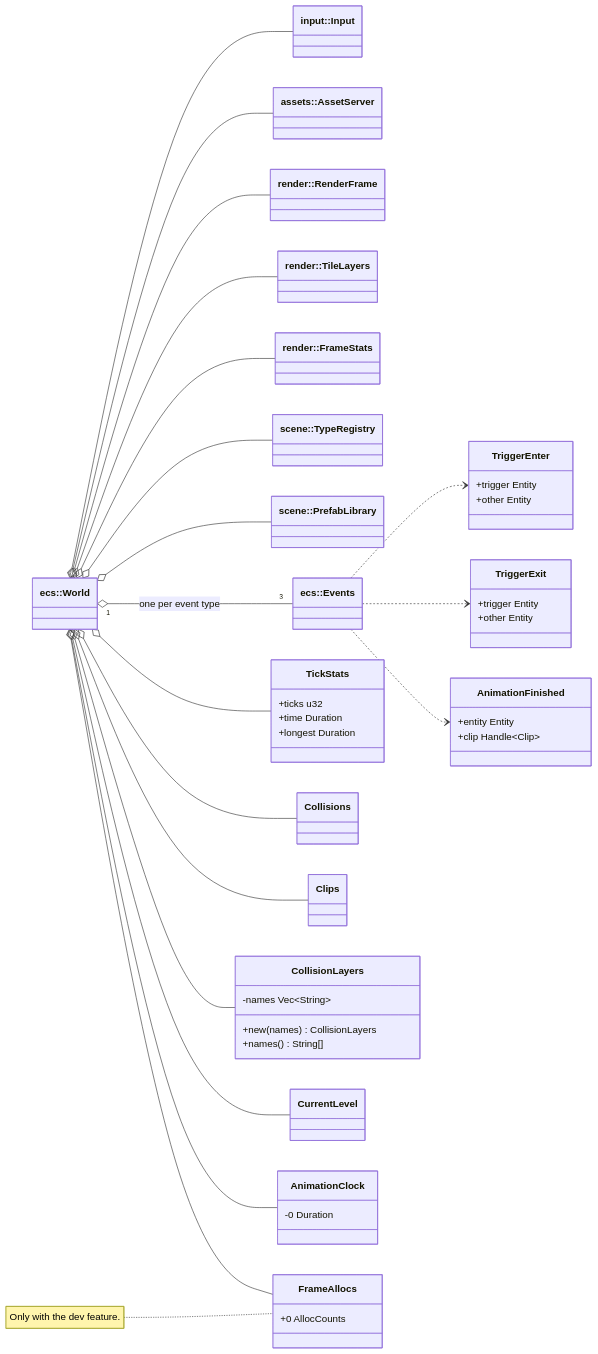
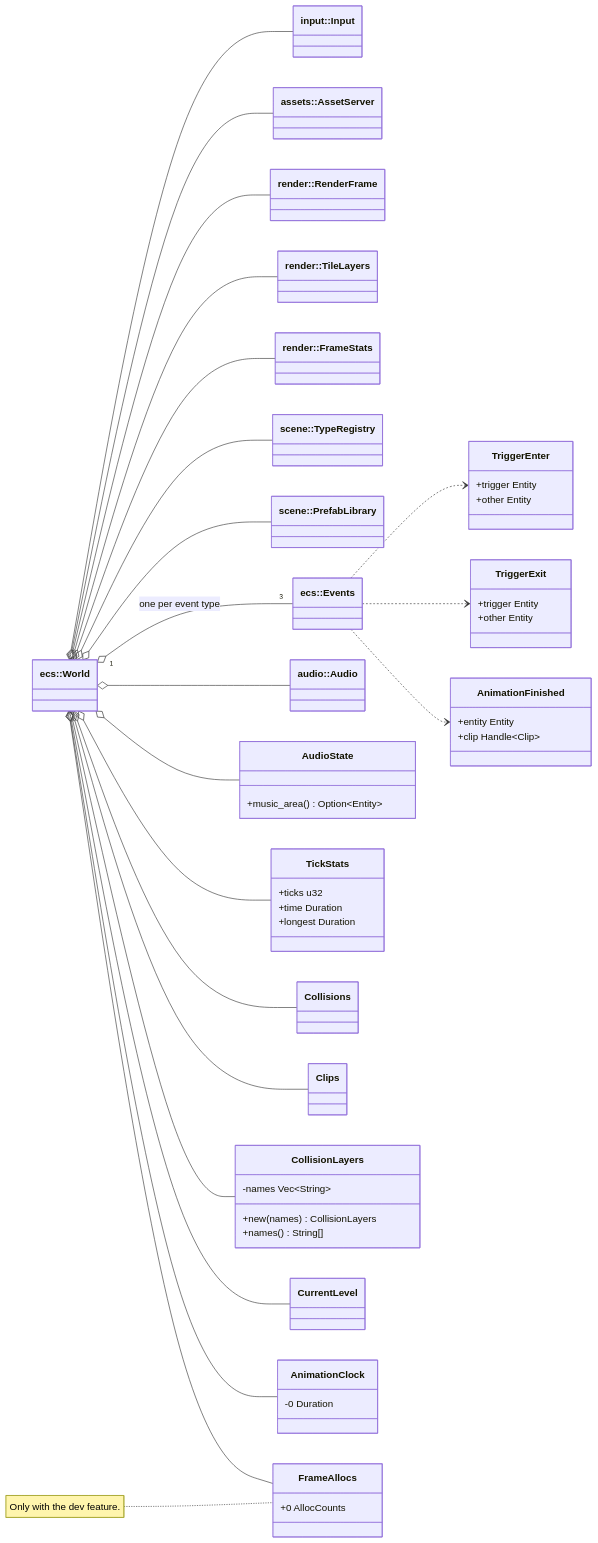
One commit to jabbott-iii/Nadir changed diagram 25 of 30 in diagrams/class-diagram.md. Above: the diagram before and after it, drawn with Mermaid. The commit also changed other lines of this file and 35 other files, not shown here.

````diff
--- a/diagrams/class-diagram.md
+++ b/diagrams/class-diagram.md
@@ -1929,63 +1955,69 @@
 ```mermaid
 classDiagram
     direction LR
     class World["ecs::World"]
     class Input["input::Input"]
     class AssetServer["assets::AssetServer"]
     class RenderFrame["render::RenderFrame"]
     class TileLayers["render::TileLayers"]
     class FrameStats["render::FrameStats"]
     class TypeRegistry["scene::TypeRegistry"]
     class PrefabLibrary["scene::PrefabLibrary"]
     class Events["ecs::Events"]
+    class Audio["audio::Audio"]
+    class AudioState {
+        +music_area() Option~Entity~
+    }
     class TickStats {
         +ticks u32
         +time Duration
         +longest Duration
     }
     class Collisions
     class Clips
     class CollisionLayers {
         -names Vec~String~
         +new(names) CollisionLayers
         +names() String[]
     }
     class CurrentLevel
     class AnimationClock {
         -0 Duration
     }
     class FrameAllocs {
         +0 AllocCounts
     }
     class TriggerEnter {
         +trigger Entity
         +other Entity
     }
     class TriggerExit {
         +trigger Entity
         +other Entity
     }
     class AnimationFinished {
         +entity Entity
         +clip Handle~Clip~
     }
     World o-- Input
     World o-- AssetServer
     World o-- RenderFrame
     World o-- TileLayers
     World o-- FrameStats
     World o-- TickStats
     World o-- Collisions
     World o-- Clips
     World o-- CollisionLayers
     World o-- PrefabLibrary
     World o-- CurrentLevel
     World o-- AnimationClock
     World o-- FrameAllocs
     World o-- TypeRegistry
+    World o-- Audio
+    World o-- AudioState
     World "1" o-- "3" Events : one per event type
     Events ..> TriggerEnter
     Events ..> TriggerExit
     Events ..> AnimationFinished
     note for FrameAllocs "Only with the dev feature."
 ```
````
